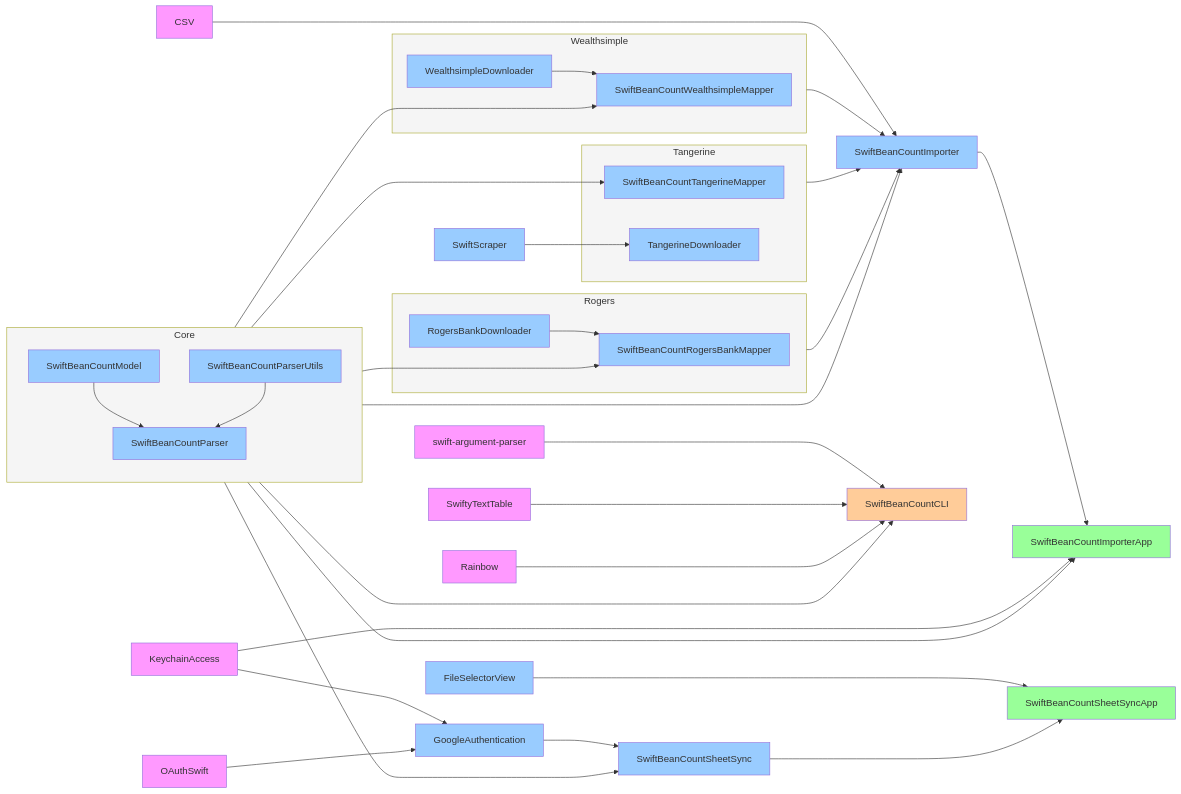
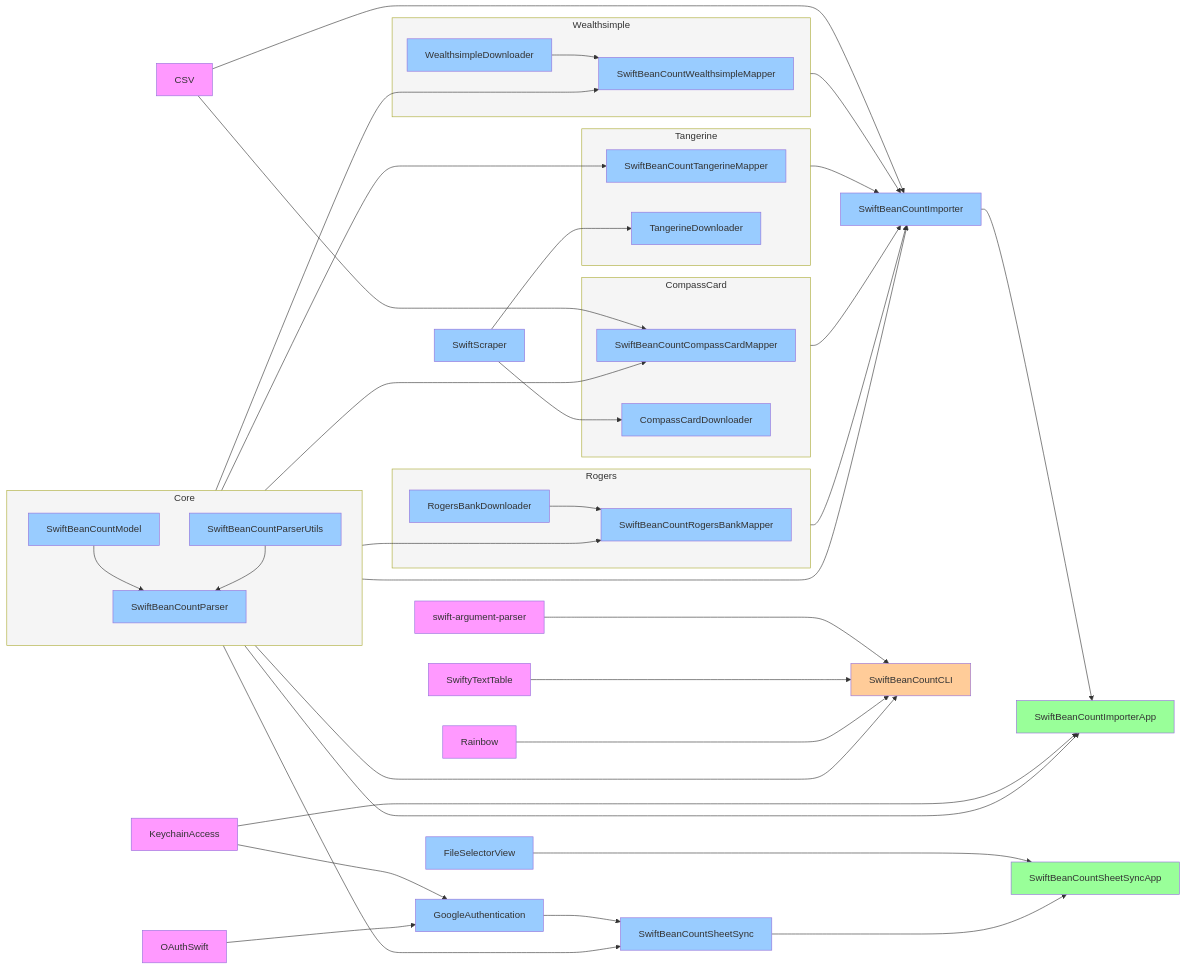
One commit to Nef10/SwiftBeanCount changed the first of 2 diagrams in README.md. Above: the diagram before and after it, drawn with Mermaid. The commit also changed other lines of this file, not shown here.

Commit message:
Add CompassCard Libraries

```diff
--- a/README.md
+++ b/README.md
@@ -66,6 +68,14 @@
     SwiftBeanCountParserUtils
     SwiftBeanCountModel --> SwiftBeanCountParser
     SwiftBeanCountParserUtils --> SwiftBeanCountParser
+  end
+  subgraph CompassCard
+    SwiftBeanCountCompassCardMapper
+    CompassCardDownloader
+  end
+  subgraph Tangerine
+    SwiftBeanCountTangerineMapper
+    TangerineDownloader
   end
   subgraph Wealthsimple
     SwiftBeanCountWealthsimpleMapper
@@ -77,18 +87,17 @@
     RogersBankDownloader
     RogersBankDownloader --> SwiftBeanCountRogersBankMapper
   end
-  subgraph Tangerine
-    SwiftBeanCountTangerineMapper
-    TangerineDownloader
-  end
   SwiftScraper --> TangerineDownloader
+  SwiftScraper --> CompassCardDownloader
   Wealthsimple --> SwiftBeanCountImporter
   Tangerine --> SwiftBeanCountImporter
+  CompassCard --> SwiftBeanCountImporter
   Rogers --> SwiftBeanCountImporter
-  Core ---> SwiftBeanCountRogersBankMapper
+  Core --> SwiftBeanCountRogersBankMapper
   Core --> SwiftBeanCountImporter
-  Core ---> SwiftBeanCountWealthsimpleMapper
-  Core ---> SwiftBeanCountTangerineMapper
+  Core --> SwiftBeanCountWealthsimpleMapper
+  Core --> SwiftBeanCountTangerineMapper
+  Core ---> SwiftBeanCountCompassCardMapper
   Core --> SwiftBeanCountImporterApp
   Core --> SwiftBeanCountSheetSync
   SwiftBeanCountImporter --> SwiftBeanCountImporterApp
@@ -99,6 +108,7 @@
   OAuthSwift --> GoogleAuthentication
   SwiftBeanCountSheetSync ---> SwiftBeanCountSheetSyncApp
   CSV ----> SwiftBeanCountImporter
+  CSV --> SwiftBeanCountCompassCardMapper
   Core ----> SwiftBeanCountCLI
   swift-argument-parser ---> SwiftBeanCountCLI
   SwiftyTextTable ---> SwiftBeanCountCLI
@@ -111,6 +121,8 @@
   click SwiftBeanCountRogersBankMapper "https://github.com/Nef10/SwiftBeanCountRogersBankMapper"
   click RogersBankDownloader "https://github.com/Nef10/RogersBankDownloader"
   click SwiftBeanCountTangerineMapper "https://github.com/Nef10/SwiftBeanCountTangerineMapper"
+  click CompassCardDownloader "https://github.com/Nef10/CompassCardDownloader"
+  click SwiftBeanCountCompassCardMapper "https://github.com/Nef10/SwiftBeanCountCompassCardMapper"
   click TangerineDownloader "https://github.com/Nef10/TangerineDownloader"
   click SwiftBeanCountImporter "https://github.com/Nef10/SwiftBeanCountImporter"
   click SwiftBeanCountImporterApp "https://github.com/Nef10/SwiftBeanCountImporterApp"
@@ -131,7 +143,7 @@
   classDef app fill:#99FF99;
   classDef external fill:#FF99FF;
   classDef cli fill:#FFCC99;
-  class Core,Rogers,Wealthsimple,Tangerine box;
+  class Core,Rogers,Wealthsimple,Tangerine,CompassCard box;
   class SwiftBeanCountImporterApp,SwiftBeanCountSheetSyncApp,App app;
   class CSV,OAuthSwift,KeychainAccess,External,swift-argument-parser,SwiftyTextTable,Rainbow external;
   class SwiftBeanCountCLI cli;
```
